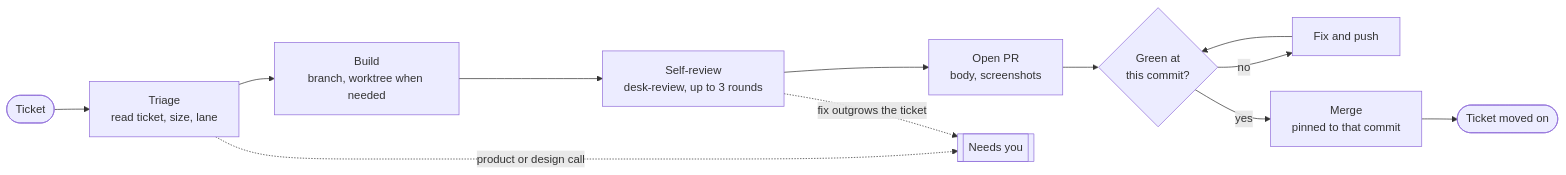
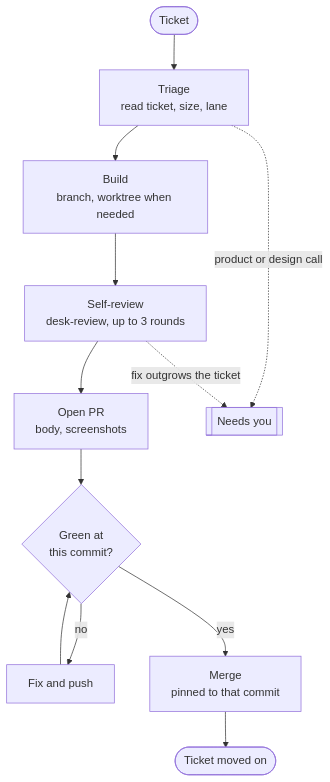
Before and after one commit to bigbenjoman/desk-skills: the first of 3 diagrams in README.md, drawn with Mermaid.

Commit message:
docs: draw the ticket pipeline top-down so it renders legibly

````diff
--- a/README.md
+++ b/README.md
@@ -96,13 +96,13 @@
 ```mermaid
-flowchart LR
+flowchart TB
     T([Ticket]) --> TR[Triage<br/>read ticket, size, lane]
     TR --> B[Build<br/>branch, worktree when needed]
     B --> SR[Self-review<br/>desk-review, up to 3 rounds]
     SR --> PR[Open PR<br/>body, screenshots]
     PR --> CI{Green at<br/>this commit?}
     CI -- no --> FX[Fix and push] --> CI
     CI -- yes --> M[Merge<br/>pinned to that commit]
     M --> J([Ticket moved on])
     TR -. product or design call .-> NY[[Needs you]]
     SR -. fix outgrows the ticket .-> NY
 ```
````
